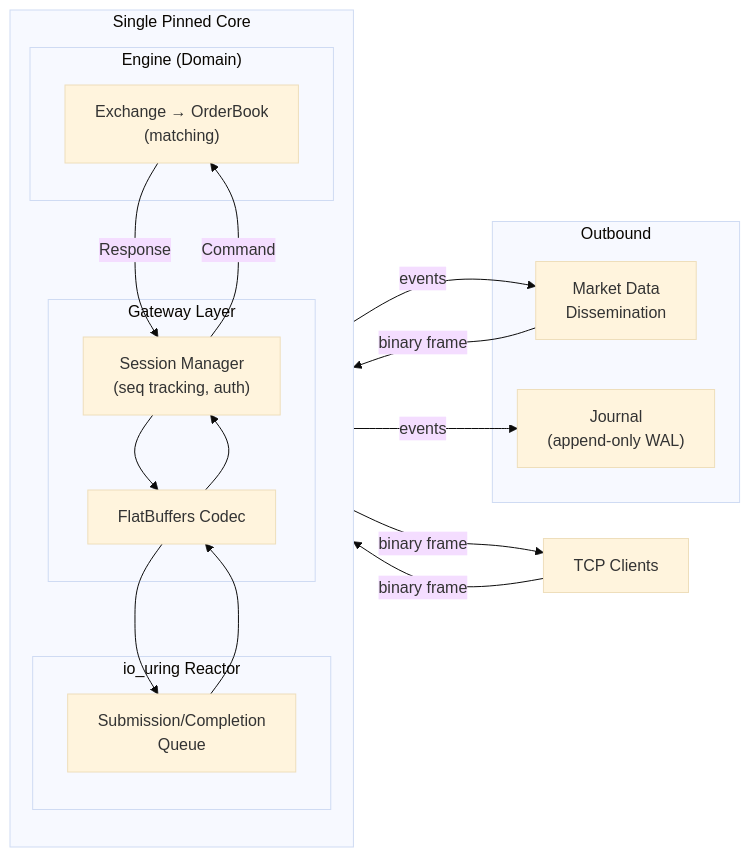
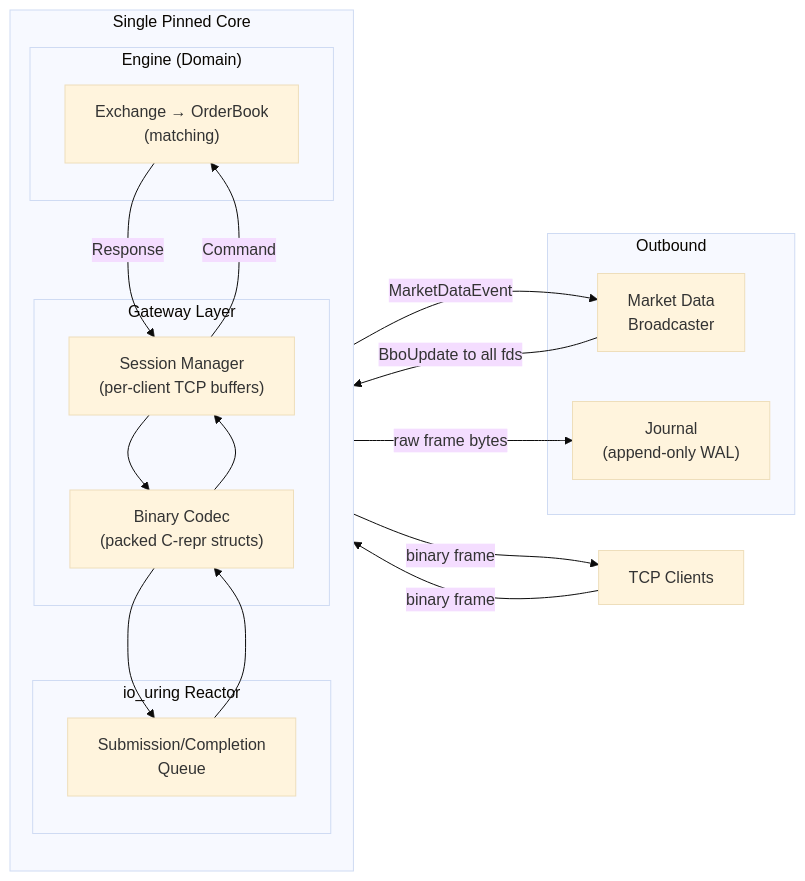
Before and after one commit to Tranduy1dol/trading: the first of 4 diagrams in docs/architecture.md, drawn with Mermaid (base theme). The commit also changed other lines of this file and 1 other file, not shown here.

Commit message:
docs: update architecture docs

````diff
--- a/docs/architecture.md
+++ b/docs/architecture.md
@@ -52,37 +52,37 @@
 ```mermaid
 graph LR
     subgraph Core ["Single Pinned Core"]
         direction TB
 
         subgraph IO ["io_uring Reactor"]
             RING["Submission/Completion<br/>Queue"]
         end
 
-        subgraph Gateway ["Gateway Layer"]
-            CODEC["FlatBuffers Codec"]
-            SESS["Session Manager<br/>(seq tracking, auth)"]
+        subgraph GW ["Gateway Layer"]
+            CODEC["Binary Codec<br/>(packed C-repr structs)"]
+            SESS["Session Manager<br/>(per-client TCP buffers)"]
         end
 
         subgraph Engine ["Engine (Domain)"]
             ENG["Exchange → OrderBook<br/>(matching)"]
         end
     end
 
     subgraph Outbound ["Outbound"]
-        MDF["Market Data<br/>Dissemination"]
+        MDF["Market Data<br/>Broadcaster"]
         JRNL["Journal<br/>(append-only WAL)"]
     end
 
     CLIENT["TCP Clients"] -->|binary frame| RING
     RING --> CODEC
     CODEC --> SESS
     SESS -->|Command| ENG
     ENG -->|Response| SESS
     SESS --> CODEC
     CODEC --> RING
     RING -->|binary frame| CLIENT
 
-    ENG -->|events| MDF
-    ENG -->|events| JRNL
-    MDF -->|binary frame| RING
+    ENG -->|MarketDataEvent| MDF
+    ENG -->|raw frame bytes| JRNL
+    MDF -->|BboUpdate to all fds| RING
 ```
````
